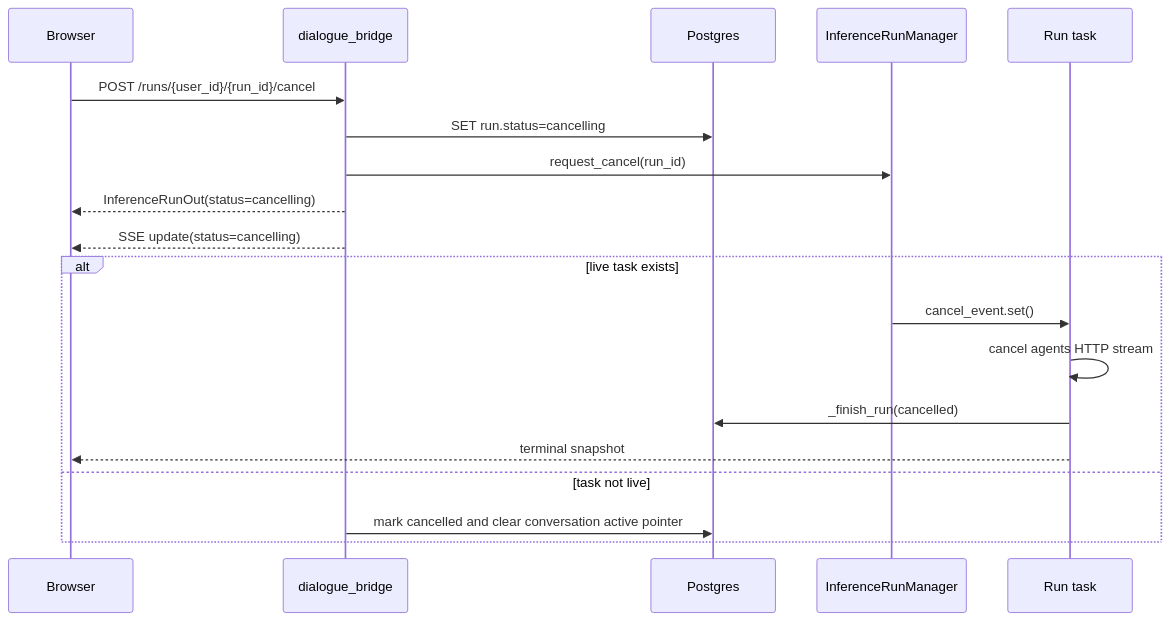
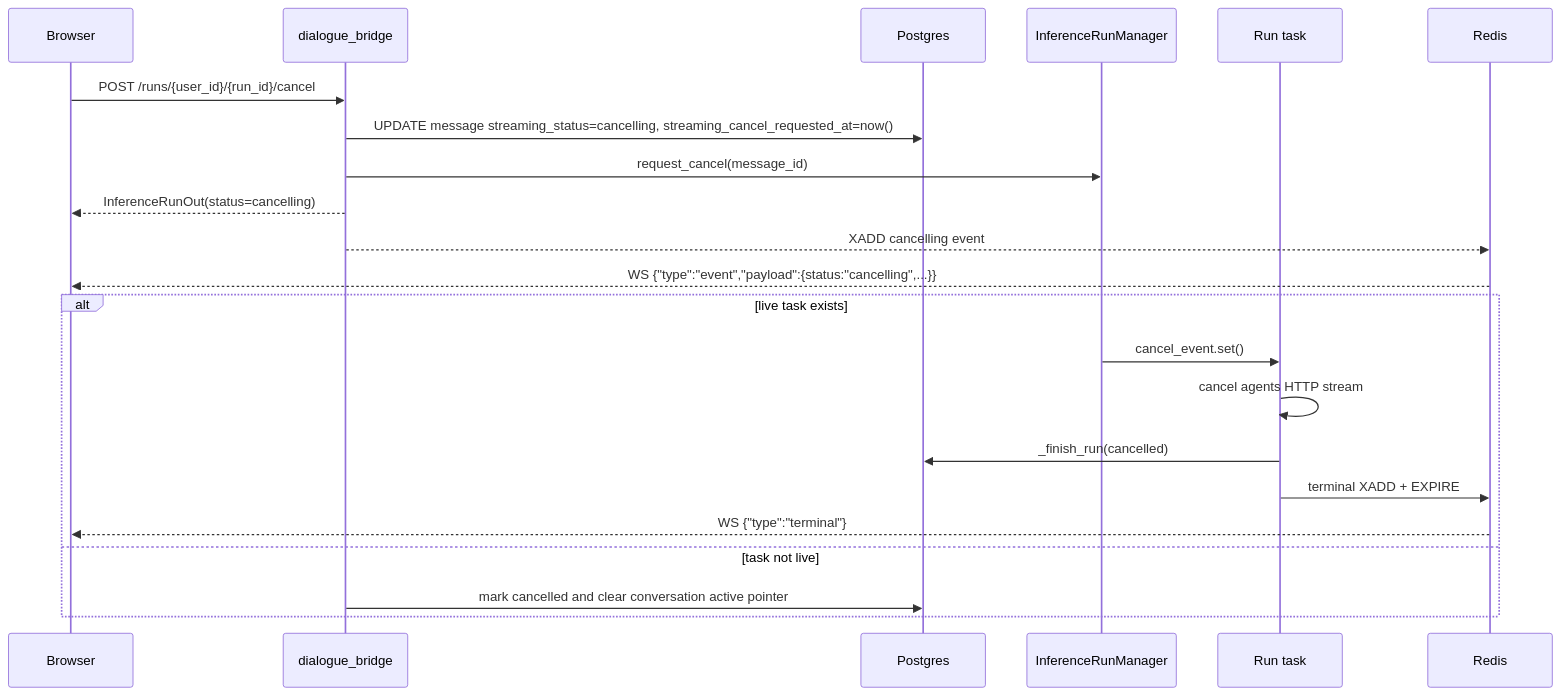
Before and after one commit to konstantinosmpouros/mAgenticX: the eighth of 9 diagrams in docs/flows/inference-streaming.md, drawn with Mermaid. The commit also changed other lines of this file and 26 other files, not shown here.

Commit message:
Migrate inference streaming to WebSocket + Redis

````diff
--- a/docs/flows/inference-streaming.md
+++ b/docs/flows/inference-streaming.md
@@ -357,23 +377,25 @@
 ```mermaid
 sequenceDiagram
     participant UI as Browser
     participant Bridge as dialogue_bridge
     participant PG as Postgres
     participant Manager as InferenceRunManager
     participant Task as Run task
 
     UI->>Bridge: POST /runs/{user_id}/{run_id}/cancel
-    Bridge->>PG: SET run.status=cancelling
-    Bridge->>Manager: request_cancel(run_id)
+    Bridge->>PG: UPDATE message streaming_status=cancelling, streaming_cancel_requested_at=now()
+    Bridge->>Manager: request_cancel(message_id)
     Bridge-->>UI: InferenceRunOut(status=cancelling)
-    Bridge-->>UI: SSE update(status=cancelling)
+    Bridge-->>Redis: XADD cancelling event
+    Redis-->>UI: WS {"type":"event","payload":{status:"cancelling",...}}
 
     alt live task exists
         Manager->>Task: cancel_event.set()
         Task->>Task: cancel agents HTTP stream
         Task->>PG: _finish_run(cancelled)
-        Task-->>UI: terminal snapshot
+        Task->>Redis: terminal XADD + EXPIRE
+        Redis-->>UI: WS {"type":"terminal"}
     else task not live
         Bridge->>PG: mark cancelled and clear conversation active pointer
     end
 ```
````
